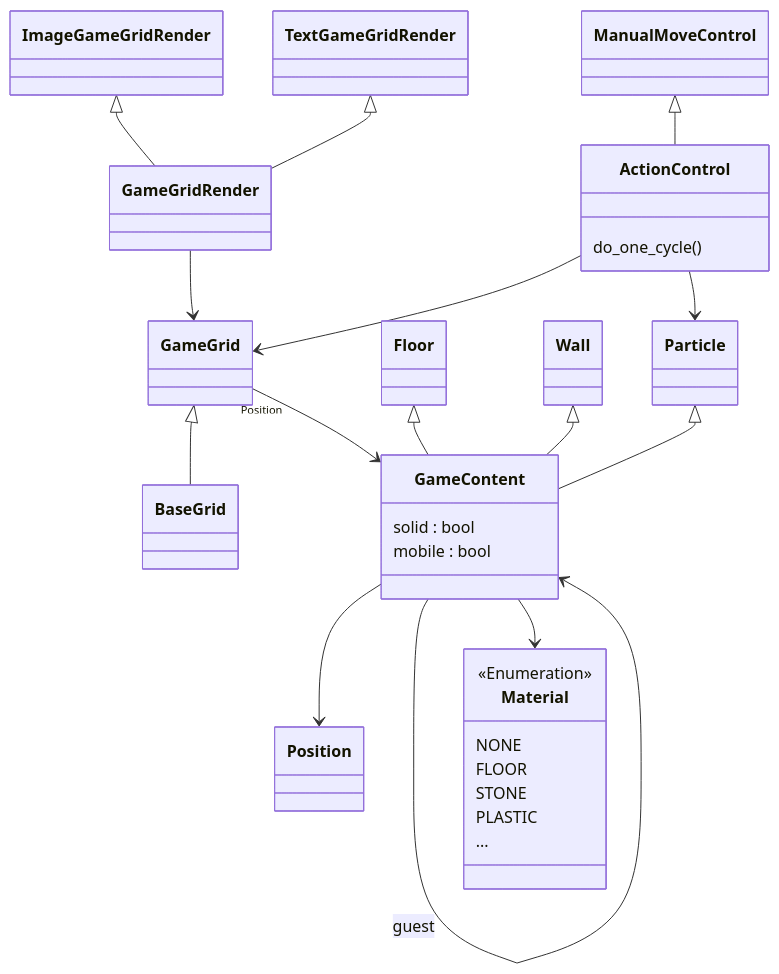
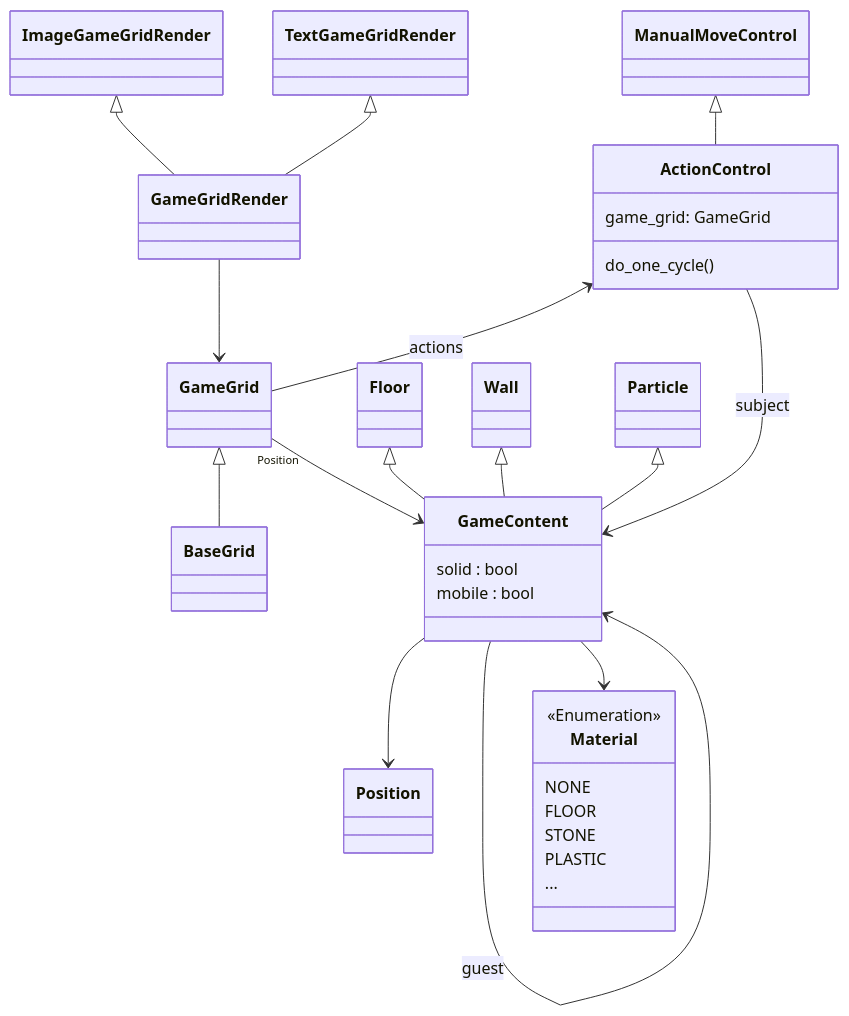
The fourth of 5 diagrams in hello_maze/readme.md (fvbakel/brilliant), drawn with Mermaid before and after one commit. The commit also changed 3 other files, not shown here.

````diff
--- a/hello_maze/readme.md
+++ b/hello_maze/readme.md
@@ -99,53 +99,55 @@
 ```mermaid
   classDiagram
     class Material {
         <<Enumeration>>
         NONE
         FLOOR
         STONE
         PLASTIC
         ...
     }
 
     class GameContent {
         solid : bool
         mobile : bool
         
     }
     class GameGrid {
         
     }
 
     GameGrid <|-- BaseGrid
 
     GameGrid "Position" -->  GameContent
     GameContent --> Position
     GameContent --> GameContent : guest
     GameContent --> Material
 
 
     class Floor {
     }
     class Wall {
     }
     class Particle {
     }
     
 
     Floor <|-- GameContent
     Wall <|-- GameContent
     Particle <|-- GameContent
 
     GameGridRender --> GameGrid
     ImageGameGridRender <|-- GameGridRender
     TextGameGridRender <|-- GameGridRender
     
     class ActionControl {
+        game_grid: GameGrid
         do_one_cycle()
     }
-    ActionControl --> GameGrid
-    ActionControl --> Particle
+ 
+    ActionControl <-- GameGrid : actions
+    ActionControl --> GameContent: subject
     ManualMoveControl <|-- ActionControl
     
 
 ```
````
